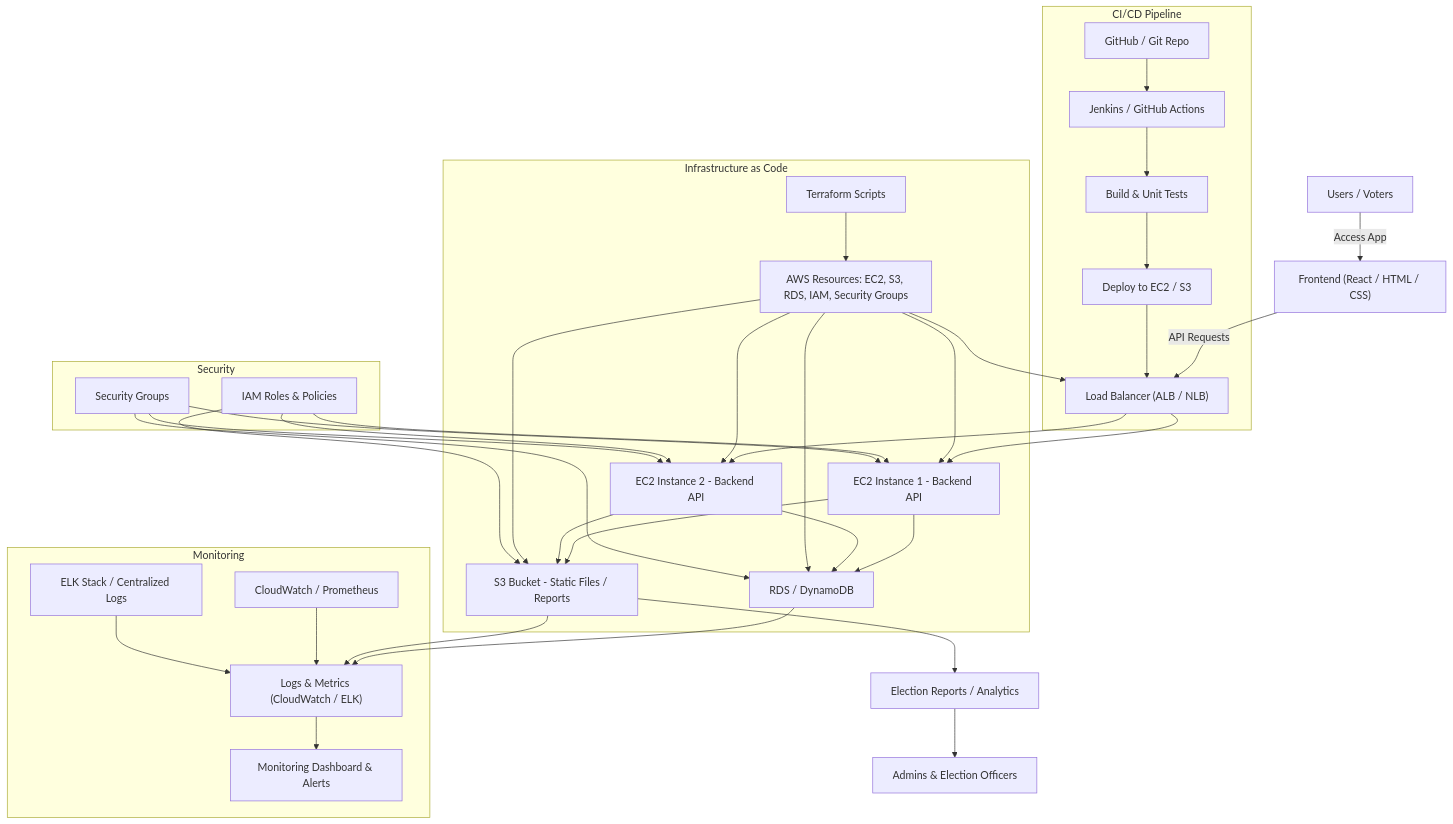
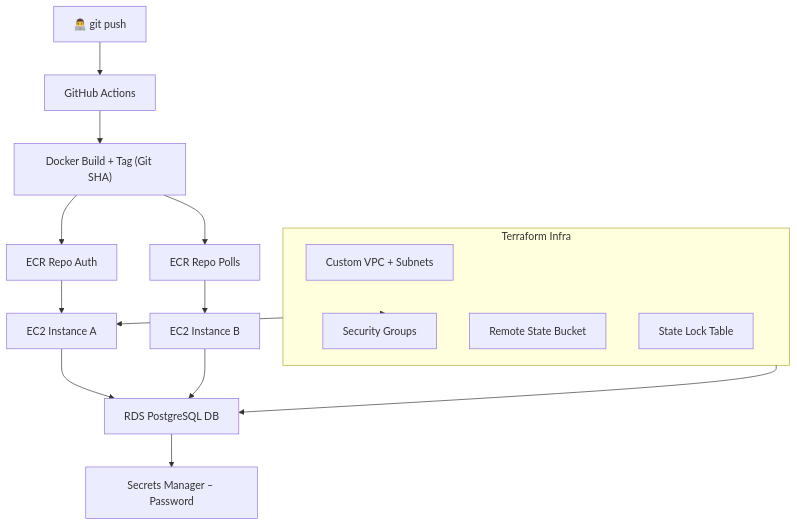
One commit to MrCh0p808/VoteWave changed the second of 4 diagrams in docs/STORY.md. Above: the diagram before and after it, drawn with Mermaid. The commit also changed other lines of this file, not shown here.

First line of the commit message:
Enhance VoteWave architecture story and diagrams

````diff
--- a/docs/STORY.md
+++ b/docs/STORY.md
@@ -9,57 +34,21 @@
 ```mermaid
 flowchart TD
-
-    U["Users / Voters"] -->|Access App| FE["Frontend (React / HTML / CSS)"]
-
-    FE -->|API Requests| LB["Load Balancer (ALB / NLB)"]
-
-    LB --> BE1["EC2 Instance 1 - Backend API"]
-    LB --> BE2["EC2 Instance 2 - Backend API"]
-
-    BE1 --> DB["RDS / DynamoDB"]
-    BE2 --> DB
-    DB --> LOGS["Logs & Metrics (CloudWatch / ELK)"]
-
-    BE1 --> S3["S3 Bucket - Static Files / Reports"]
-    BE2 --> S3
-    S3 --> LOGS
-
-    subgraph CICD [CI/CD Pipeline]
-        GIT["GitHub / Git Repo"] --> Jenkins["Jenkins / GitHub Actions"]
-        Jenkins --> Build["Build & Unit Tests"]
-        Build --> Deploy["Deploy to EC2 / S3"]
-        Deploy --> LB
+    Dev["👨‍💻 git push"] --> GH["GitHub Actions"]
+    GH --> Build["Docker Build + Tag (Git SHA)"]
+    Build --> ECR1["ECR Repo Auth"]
+    Build --> ECR2["ECR Repo Polls"]
+    ECR1 --> EC2A["EC2 Instance A"]
+    ECR2 --> EC2B["EC2 Instance B"]
+    EC2A --> RDS["RDS PostgreSQL DB"]
+    EC2B --> RDS
+    RDS --> SM["Secrets Manager – Password"]
+    subgraph IaC["Terraform Infra"]
+        VPC["Custom VPC + Subnets"]
+        SG["Security Groups"]
+        S3["Remote State Bucket"]
+        DDB["State Lock Table"]
     end
-
-    subgraph IaC [Infrastructure as Code]
-        Terraform["Terraform Scripts"]
-        Terraform --> AWS["AWS Resources: EC2, S3, RDS, IAM, Security Groups"]
-        AWS --> LB
-        AWS --> BE1
-        AWS --> BE2
-        AWS --> DB
-        AWS --> S3
-    end
-
-    subgraph Security
-        IAM["IAM Roles & Policies"]
-        SG["Security Groups"]
-        IAM --> BE1
-        IAM --> BE2
-        IAM --> S3
-        SG --> BE1
-        SG --> BE2
-        SG --> DB
-    end
-
-    subgraph Monitoring
-        CloudWatch["CloudWatch / Prometheus"]
-        ELK["ELK Stack / Centralized Logs"]
-        CloudWatch --> LOGS
-        ELK --> LOGS
-        LOGS --> Dashboard["Monitoring Dashboard & Alerts"]
-    end
-
-    S3 --> Reports["Election Reports / Analytics"]
-    Reports --> Admins["Admins & Election Officers"]
+    IaC --> EC2A
+    IaC --> RDS
+    IaC --> SG
 ```
````
